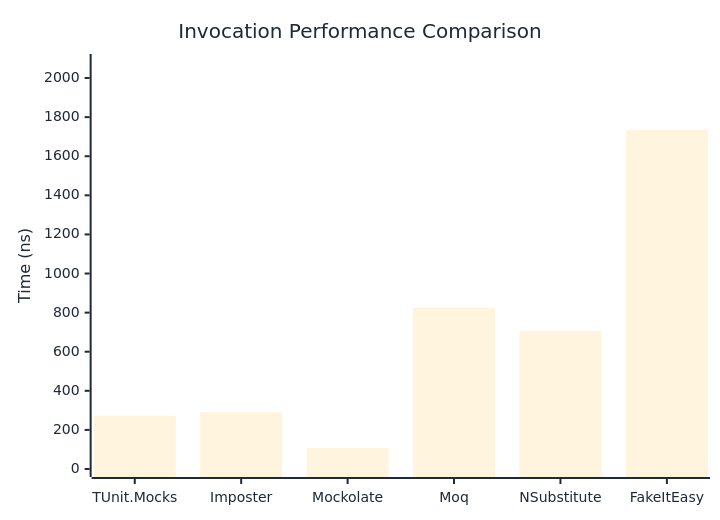
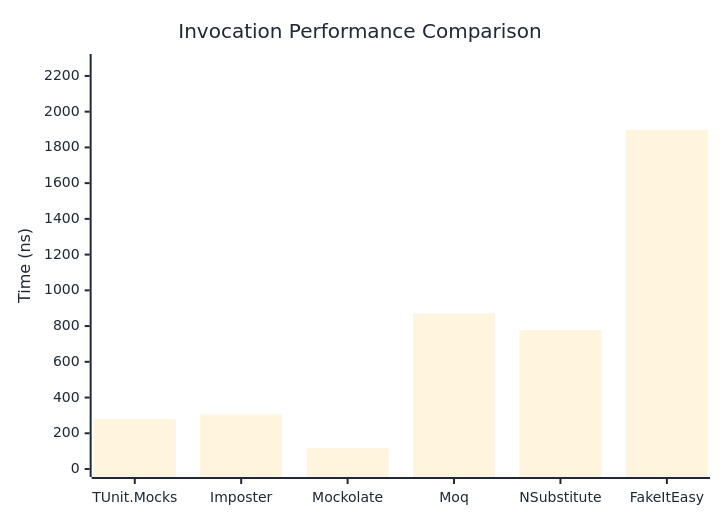
One commit to thomhurst/TUnit changed the first of 3 diagrams in docs/docs/benchmarks/mocks/Invocation.md. Above: the diagram before and after it, drawn with Mermaid. The commit also changed other lines of this file and 14 other files, not shown here.

````diff
--- a/docs/docs/benchmarks/mocks/Invocation.md
+++ b/docs/docs/benchmarks/mocks/Invocation.md
@@ -30,27 +30,27 @@
 ```mermaid
 %%{init: {
   'theme':'base',
   'themeVariables': {
     'primaryColor': '#2563eb',
     'primaryTextColor': '#1f2937',
     'primaryBorderColor': '#1e40af',
     'lineColor': '#6b7280',
     'secondaryColor': '#7c3aed',
     'tertiaryColor': '#dc2626',
     'background': '#ffffff',
     'pie1': '#2563eb',
     'pie2': '#7c3aed',
     'pie3': '#dc2626',
     'pie4': '#f59e0b',
     'pie5': '#10b981',
     'pie6': '#06b6d4',
     'pie7': '#ec4899',
     'pie8': '#6366f1'
   }
 }}%%
 xychart-beta
   title "Invocation Performance Comparison"
   x-axis ["TUnit.Mocks", "Imposter", "Mockolate", "Moq", "NSubstitute", "FakeItEasy"]
-  y-axis "Time (ns)" 0 --> 2082
-  bar [272.45, 290.68, 107.48, 825.07, 707.78, 1734.81]
+  y-axis "Time (ns)" 0 --> 2278
+  bar [279, 305.1, 116.1, 870.5, 778.1, 1898.1]
 ```
````
